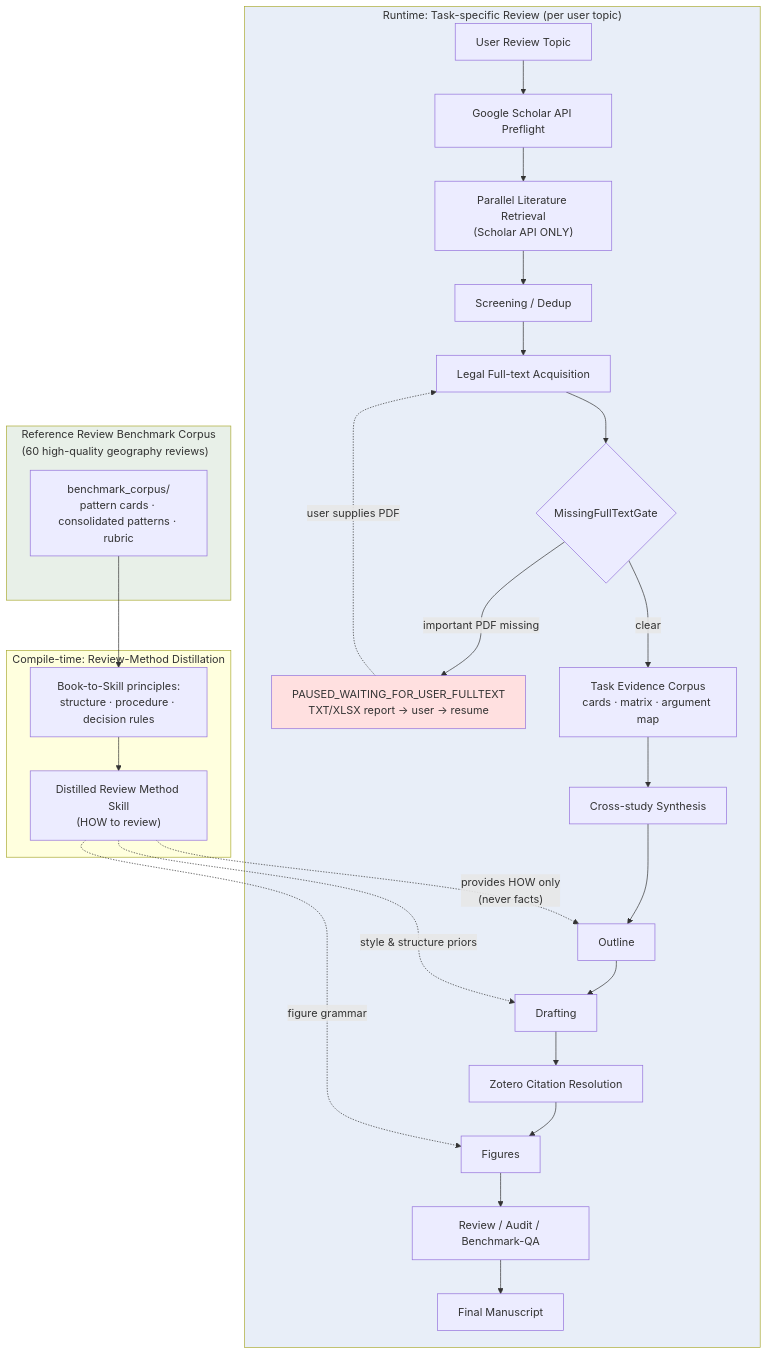
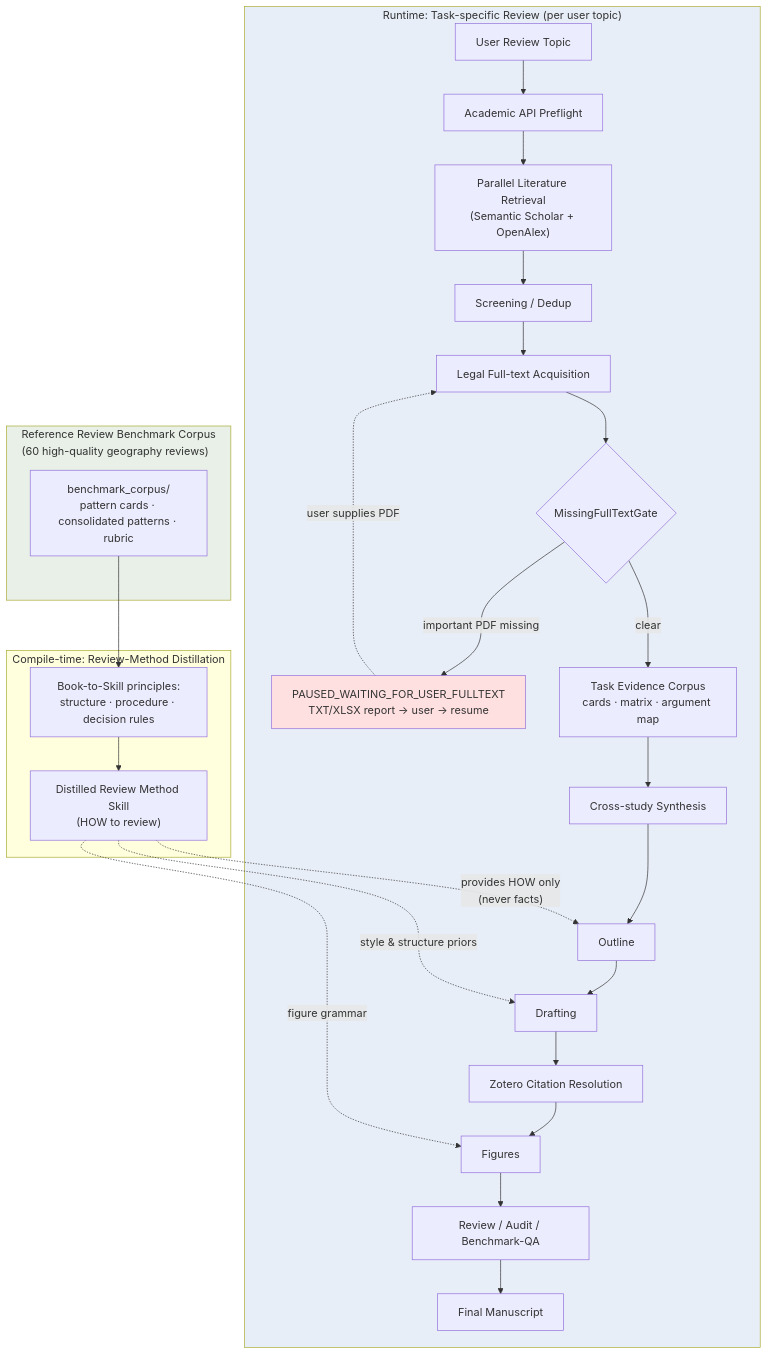
One commit to wzgytuA888/geography-literature-review-skill changed the diagram in assets/overall-architecture.mmd. Above: the diagram before and after it, drawn with Mermaid. The commit also changed 51 other files, not shown here.

Commit message:
feat: release API-first literature review workflow v2.0.0

```diff
--- a/assets/overall-architecture.mmd
+++ b/assets/overall-architecture.mmd
@@ -1,30 +1,30 @@
 flowchart TB
     subgraph BENCH["Reference Review Benchmark Corpus<br/>(60 high-quality geography reviews)"]
         BC["benchmark_corpus/<br/>pattern cards · consolidated patterns · rubric"]
     end
     subgraph DISTILL["Compile-time: Review-Method Distillation"]
         BT["Book-to-Skill principles:<br/>structure · procedure · decision rules"]
         DM["Distilled Review Method Skill<br/>(HOW to review)"]
     end
     BC --> BT --> DM
 
     subgraph RUNTIME["Runtime: Task-specific Review (per user topic)"]
-        UT["User Review Topic"] --> PF["Google Scholar API Preflight"]
-        PF --> LS["Parallel Literature Retrieval<br/>(Scholar API ONLY)"]
+        UT["User Review Topic"] --> PF["Academic API Preflight"]
+        PF --> LS["Parallel Literature Retrieval<br/>(Semantic Scholar + OpenAlex)"]
         LS --> SCR["Screening / Dedup"]
         SCR --> FT["Legal Full-text Acquisition"]
         FT --> GATE{"MissingFullTextGate"}
         GATE -- "important PDF missing" --> PAUSE["PAUSED_WAITING_FOR_USER_FULLTEXT<br/>TXT/XLSX report → user → resume"]
         GATE -- clear --> EV["Task Evidence Corpus<br/>cards · matrix · argument map"]
         EV --> SYN["Cross-study Synthesis"]
         SYN --> OUT["Outline"] --> DRAFT["Drafting"] --> CITE["Zotero Citation Resolution"] --> FIGS["Figures"] --> RA["Review / Audit / Benchmark-QA"] --> FINAL["Final Manuscript"]
     end
 
     DM -. "provides HOW only<br/>(never facts)" .-> OUT
     DM -. "style & structure priors" .-> DRAFT
     DM -. "figure grammar" .-> FIGS
     PAUSE -. "user supplies PDF" .-> FT
 
     style BENCH fill:#e8f0e8
     style RUNTIME fill:#e8eef8
     style PAUSE fill:#ffe0e0
```
